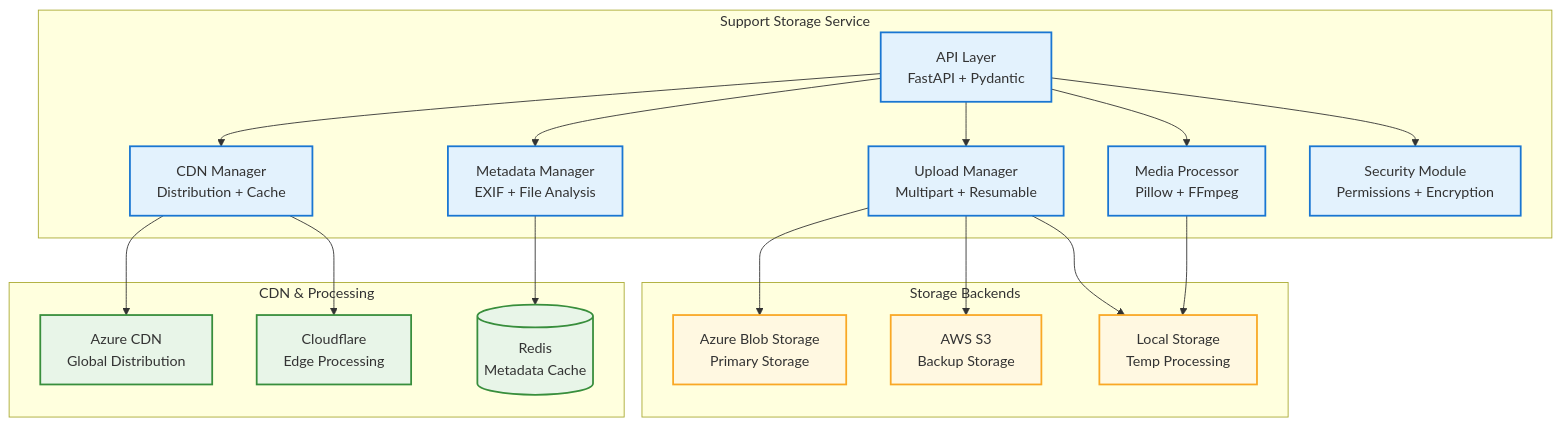
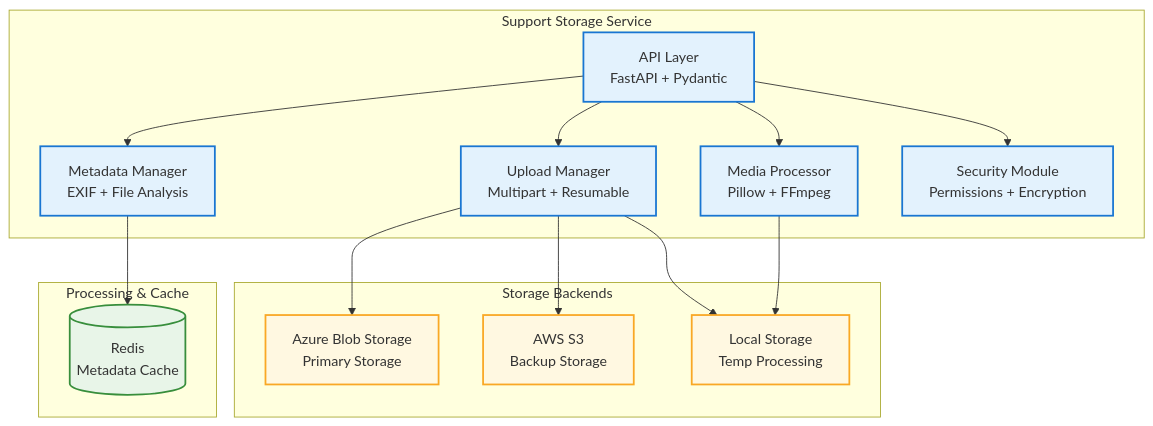
The first of 4 diagrams in docs/api/support-storage-service.md (VisioBook-ESP/docs-architecture), drawn with Mermaid before and after one commit. The commit also changed other lines of this file and 3 other files, not shown here.

````diff
--- a/docs/api/support-storage-service.md
+++ b/docs/api/support-storage-service.md
@@ -23,46 +23,40 @@
 ```mermaid
 graph TB
     subgraph "Support Storage Service"
         API[API Layer<br/>FastAPI + Pydantic]
         UPLOAD[Upload Manager<br/>Multipart + Resumable]
         TRANSFORM[Media Processor<br/>Pillow + FFmpeg]
         METADATA[Metadata Manager<br/>EXIF + File Analysis]
-        CDN[CDN Manager<br/>Distribution + Cache]
         SECURITY[Security Module<br/>Permissions + Encryption]
     end
 
     subgraph "Storage Backends"
         AZURE[Azure Blob Storage<br/>Primary Storage]
         S3[AWS S3<br/>Backup Storage]
         LOCAL[Local Storage<br/>Temp Processing]
     end
 
-    subgraph "CDN & Processing"
-        AZURE_CDN[Azure CDN<br/>Global Distribution]
-        CLOUDFLARE[Cloudflare<br/>Edge Processing]
+    subgraph "Processing & Cache"
         REDIS[(Redis<br/>Metadata Cache)]
     end
 
     API --> UPLOAD
     API --> TRANSFORM
     API --> METADATA
-    API --> CDN
     API --> SECURITY
 
     UPLOAD --> AZURE
     UPLOAD --> S3
     UPLOAD --> LOCAL
 
     TRANSFORM --> LOCAL
     METADATA --> REDIS
-    CDN --> AZURE_CDN
-    CDN --> CLOUDFLARE
 
     classDef service fill:#e3f2fd,stroke:#1976d2,stroke-width:2px
     classDef storage fill:#fff8e1,stroke:#f9a825,stroke-width:2px
-    classDef cdn fill:#e8f5e8,stroke:#388e3c,stroke-width:2px
+    classDef cache fill:#e8f5e8,stroke:#388e3c,stroke-width:2px
 
-    class API,UPLOAD,TRANSFORM,METADATA,CDN,SECURITY service
+    class API,UPLOAD,TRANSFORM,METADATA,SECURITY service
     class AZURE,S3,LOCAL storage
-    class AZURE_CDN,CLOUDFLARE,REDIS cdn
+    class REDIS cache
 ```
````
